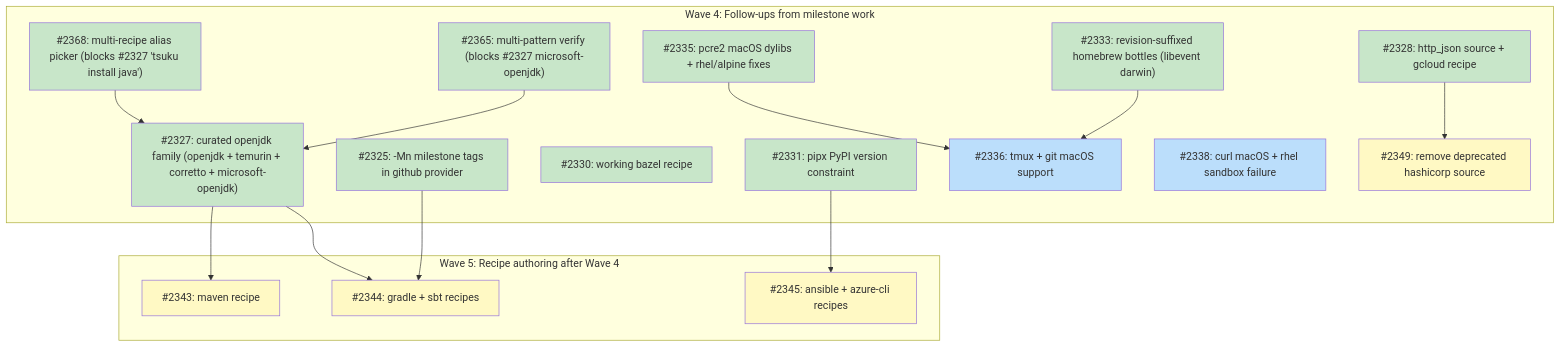
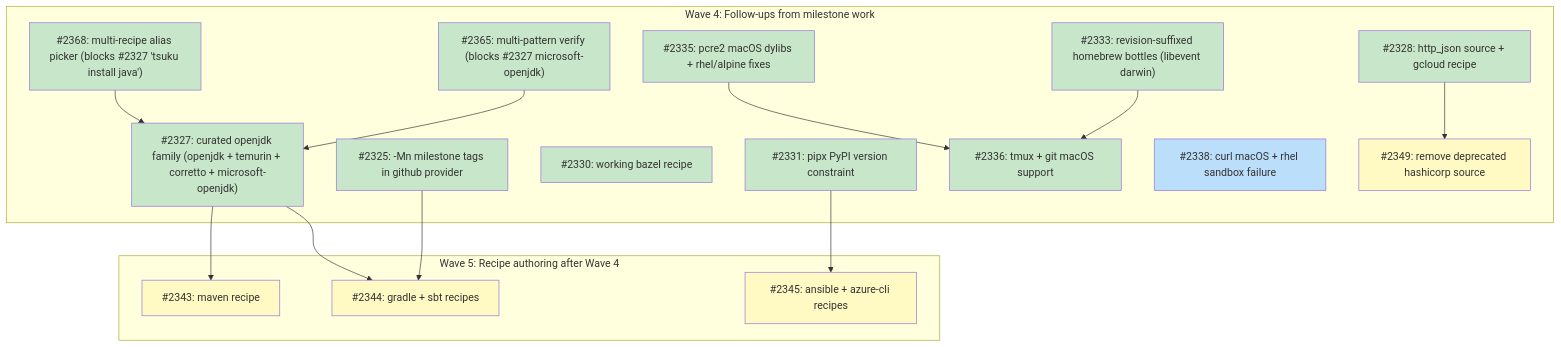
Before and after one commit to tsukumogami/tsuku: the diagram in docs/plans/PLAN-curated-recipes.md, drawn with Mermaid. The commit also changed other lines of this file and 1 other file, not shown here.

Commit message:
docs(plan): mark #2336 done; fix git verify version skew on alpine
The tmux + git darwin steps land in this PR. Strike through the issue
table row and reclassify I2336 as done in the dependency graph.

Also fix a pre-existing git verify mismatch surfaced by this PR's
matrix run: Alpine apk ships git 2.47 while the Homebrew bottle ships
2.54, so the `git version {version}` pattern spuriously failed on
alpine. Switched to mode=output with the version-agnostic prefix
`git version` (same pattern openjdk uses for the same reason).

````diff
--- a/docs/plans/PLAN-curated-recipes.md
+++ b/docs/plans/PLAN-curated-recipes.md
@@ -144,48 +144,48 @@
 ```mermaid
 graph TD
     subgraph wave4 ["Wave 4: Follow-ups from milestone work"]
         I2325["#2325: -Mn milestone tags in github provider"]
         I2327["#2327: curated openjdk family (openjdk + temurin + corretto + microsoft-openjdk)"]
         I2328["#2328: http_json source + gcloud recipe"]
         I2330["#2330: working bazel recipe"]
         I2331["#2331: pipx PyPI version constraint"]
         I2333["#2333: revision-suffixed homebrew bottles (libevent darwin)"]
         I2335["#2335: pcre2 macOS dylibs + rhel/alpine fixes"]
         I2336["#2336: tmux + git macOS support"]
         I2338["#2338: curl macOS + rhel sandbox failure"]
         I2349["#2349: remove deprecated hashicorp source"]
         I2365["#2365: multi-pattern verify (blocks #2327 microsoft-openjdk)"]
         I2368["#2368: multi-recipe alias picker (blocks #2327 'tsuku install java')"]
     end
 
     subgraph wave5 ["Wave 5: Recipe authoring after Wave 4"]
         I2343["#2343: maven recipe"]
         I2344["#2344: gradle + sbt recipes"]
         I2345["#2345: ansible + azure-cli recipes"]
     end
 
     I2333 --> I2336
     I2335 --> I2336
 
     I2365 --> I2327
     I2368 --> I2327
     I2327 --> I2343
     I2325 --> I2344
     I2327 --> I2344
     I2331 --> I2345
     I2328 --> I2349
 
     classDef done fill:#c8e6c9
     classDef ready fill:#bbdefb
     classDef blocked fill:#fff9c4
     classDef needsDesign fill:#e1bee7
     classDef needsPrd fill:#b3e5fc
     classDef needsSpike fill:#ffcdd2
     classDef needsDecision fill:#d1c4e9
     classDef tracksDesign fill:#FFE0B2,stroke:#F57C00,color:#000
     classDef tracksPlan fill:#FFE0B2,stroke:#F57C00,color:#000
 
-    class I2325,I2327,I2328,I2330,I2331,I2333,I2335,I2365,I2368 done
-    class I2336,I2338 ready
+    class I2325,I2327,I2328,I2330,I2331,I2333,I2335,I2336,I2365,I2368 done
+    class I2338 ready
     class I2343,I2344,I2345,I2349 blocked
 ```
````
